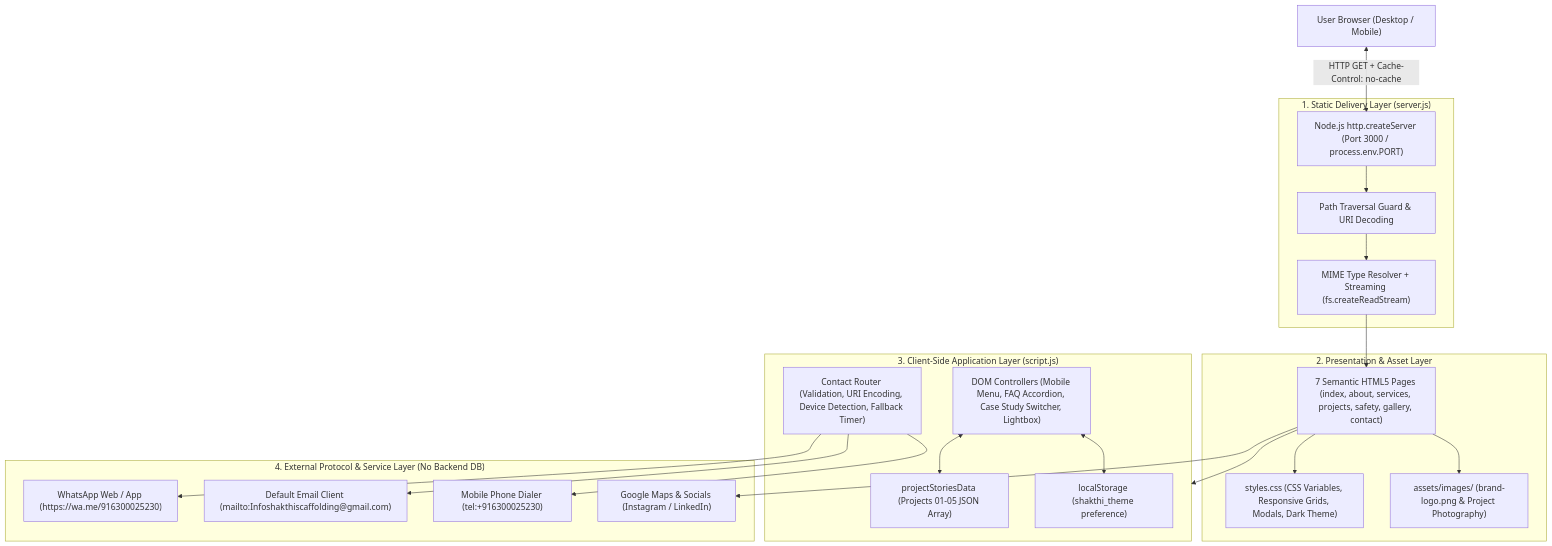
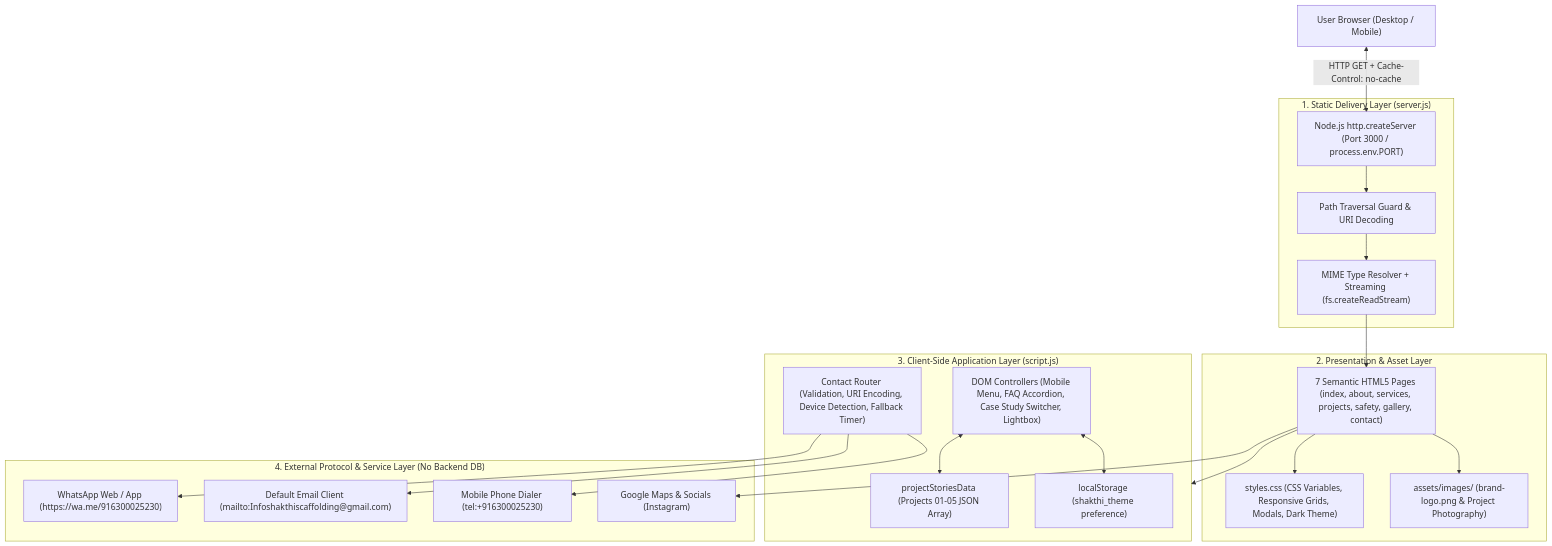
One commit to giridhar-123974/shakthi-scaffolding-website changed the first of 2 diagrams in README.md. Above: the diagram before and after it, drawn with Mermaid. The commit also changed 7 other files, not shown here.

````diff
--- a/README.md
+++ b/README.md
@@ -21,43 +21,43 @@
 ```mermaid
 flowchart TB
     Browser["User Browser (Desktop / Mobile)"]
 
     subgraph ServerLayer["1. Static Delivery Layer (server.js)"]
         HTTP["Node.js http.createServer (Port 3000 / process.env.PORT)"]
         SecCheck["Path Traversal Guard & URI Decoding"]
         MIME["MIME Type Resolver + Streaming (fs.createReadStream)"]
         HTTP --> SecCheck --> MIME
     end
 
     subgraph PresentationLayer["2. Presentation & Asset Layer"]
         Pages["7 Semantic HTML5 Pages (index, about, services, projects, safety, gallery, contact)"]
         CSS["styles.css (CSS Variables, Responsive Grids, Modals, Dark Theme)"]
         Assets["assets/images/ (brand-logo.png & Project Photography)"]
     end
 
     subgraph AppLayer["3. Client-Side Application Layer (script.js)"]
         DataStore["projectStoriesData (Projects 01-05 JSON Array)"]
         UI["DOM Controllers (Mobile Menu, FAQ Accordion, Case Study Switcher, Lightbox)"]
         Storage["localStorage (shakthi_theme preference)"]
         ContactEngine["Contact Router (Validation, URI Encoding, Device Detection, Fallback Timer)"]
     end
 
     subgraph ExternalLayer["4. External Protocol & Service Layer (No Backend DB)"]
         WA["WhatsApp Web / App (https://wa.me/916300025230)"]
         Mail["Default Email Client (mailto:Infoshakthiscaffolding@gmail.com)"]
         Tel["Mobile Phone Dialer (tel:+916300025230)"]
-        Maps["Google Maps & Socials (Instagram / LinkedIn)"]
+        Maps["Google Maps & Socials (Instagram)"]
     end
 
     Browser <-->|"HTTP GET + Cache-Control: no-cache"| HTTP
     MIME --> Pages
     Pages --> CSS
     Pages --> Assets
     Pages --> AppLayer
     UI <--> DataStore
     UI <--> Storage
     ContactEngine --> WA
     ContactEngine --> Mail
     ContactEngine --> Tel
     Pages --> Maps
 ```
````
